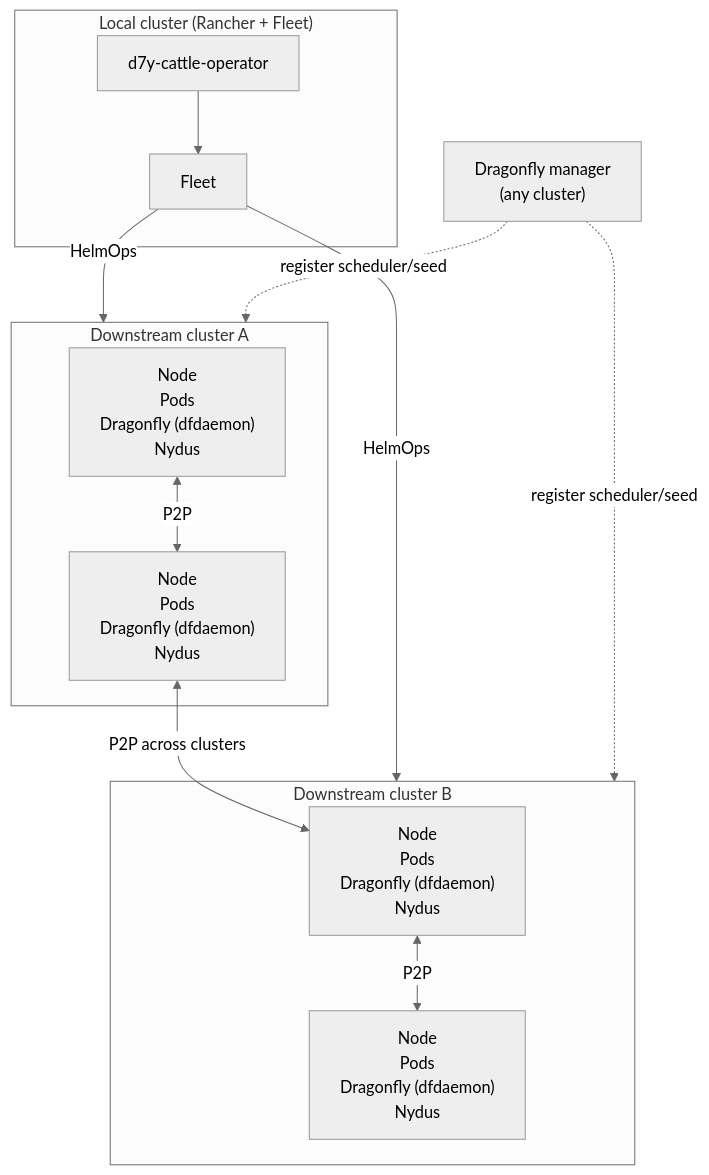
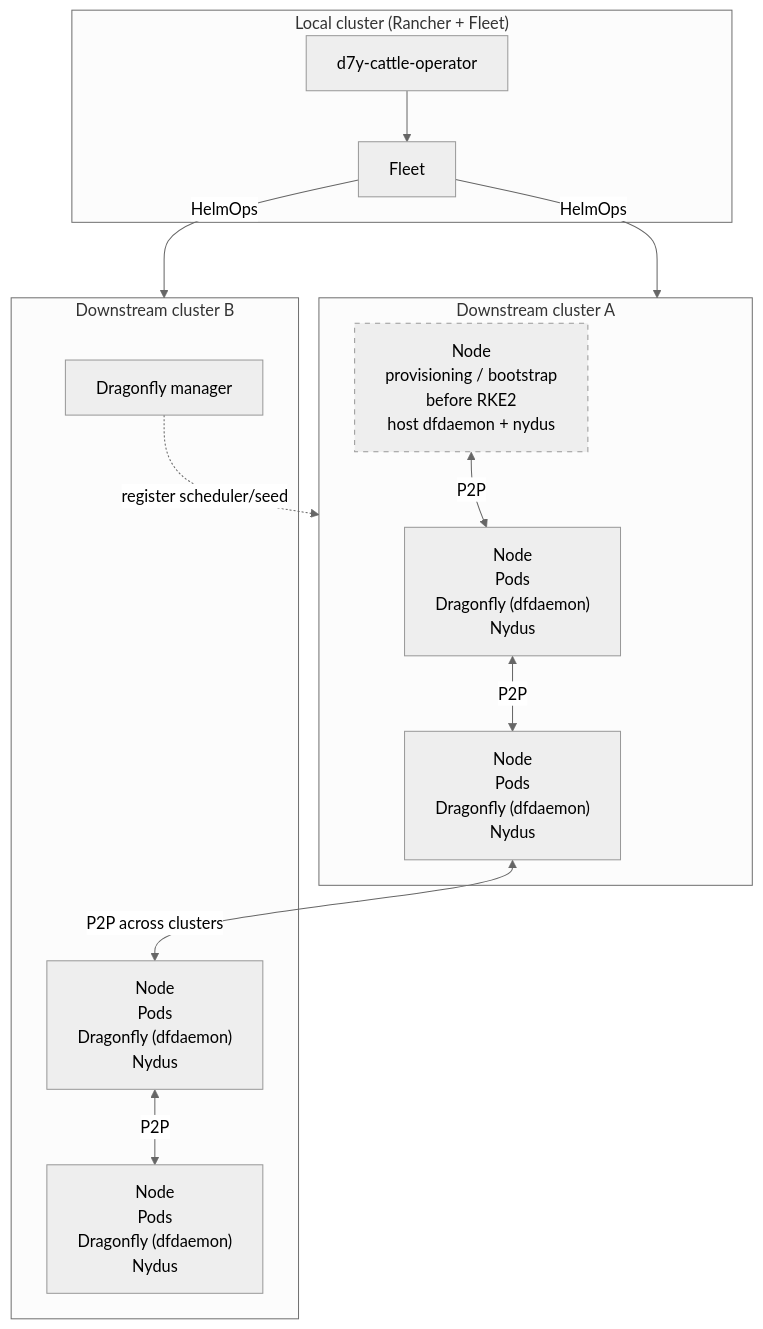
One commit to gorizond/d7y-cattle-operator changed the diagram in README.md. Above: the diagram before and after it, drawn with Mermaid (neutral theme). The commit also changed other lines of this file, not shown here.

Commit message:
docs: show manager placement and pre-RKE2 bootstrap node

````diff
--- a/README.md
+++ b/README.md
@@ -59,26 +59,27 @@
 ```mermaid
 flowchart TB
   subgraph LOCAL["Local cluster (Rancher + Fleet)"]
     OP["d7y-cattle-operator"] --> FLEET["Fleet"]
   end
 
-  MGR["Dragonfly manager<br/>(any cluster)"]
-
   subgraph D1["Downstream cluster A"]
     N1["Node<br/>Pods<br/>Dragonfly (dfdaemon)<br/>Nydus"]
     N2["Node<br/>Pods<br/>Dragonfly (dfdaemon)<br/>Nydus"]
+    N3["Node<br/>provisioning / bootstrap<br/>before RKE2<br/>host dfdaemon + nydus"]
   end
 
   subgraph D2["Downstream cluster B"]
-    N3["Node<br/>Pods<br/>Dragonfly (dfdaemon)<br/>Nydus"]
+    MGR["Dragonfly manager"]
     N4["Node<br/>Pods<br/>Dragonfly (dfdaemon)<br/>Nydus"]
+    N5["Node<br/>Pods<br/>Dragonfly (dfdaemon)<br/>Nydus"]
   end
 
   FLEET -->|"HelmOps"| D1
   FLEET -->|"HelmOps"| D2
   MGR -.->|"register scheduler/seed"| D1
-  MGR -.->|"register scheduler/seed"| D2
   N1 <-->|"P2P"| N2
-  N3 <-->|"P2P"| N4
-  N2 <-->|"P2P across clusters"| N3
+  N3 <-->|"P2P"| N1
+  N2 <-->|"P2P across clusters"| N4
+  N4 <-->|"P2P"| N5
+  style N3 stroke-dasharray: 5 5
 ```
````
